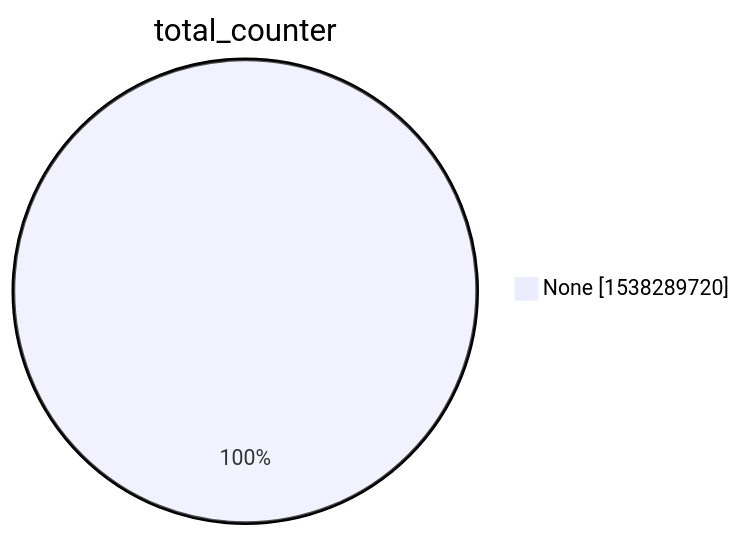
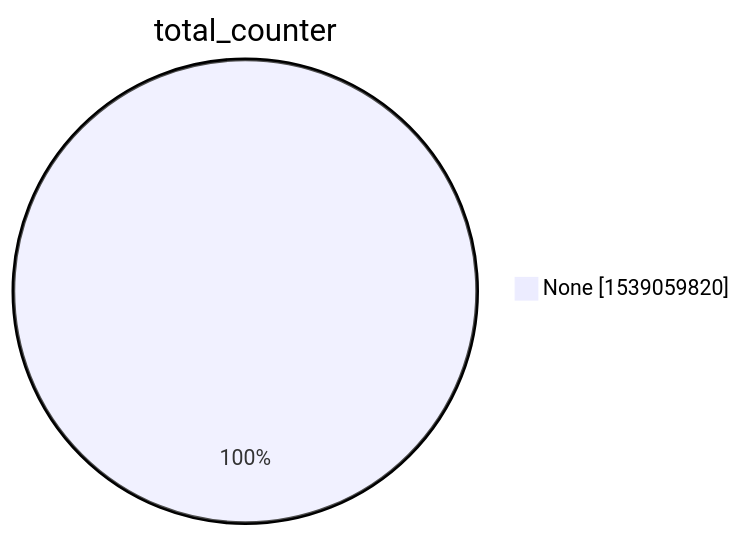
The second of 15 diagrams in xenon2022/README.md (christiankrug/ctmonitor_visualization), drawn with Mermaid before and after one commit. The commit also changed other lines of this file, not shown here.

````diff
--- a/xenon2022/README.md
+++ b/xenon2022/README.md
@@ -9,5 +9,5 @@
 ```mermaid
 pie showData
 title total_counter
-"None" :1538289720
+"None" :1539059820
 ```
````
